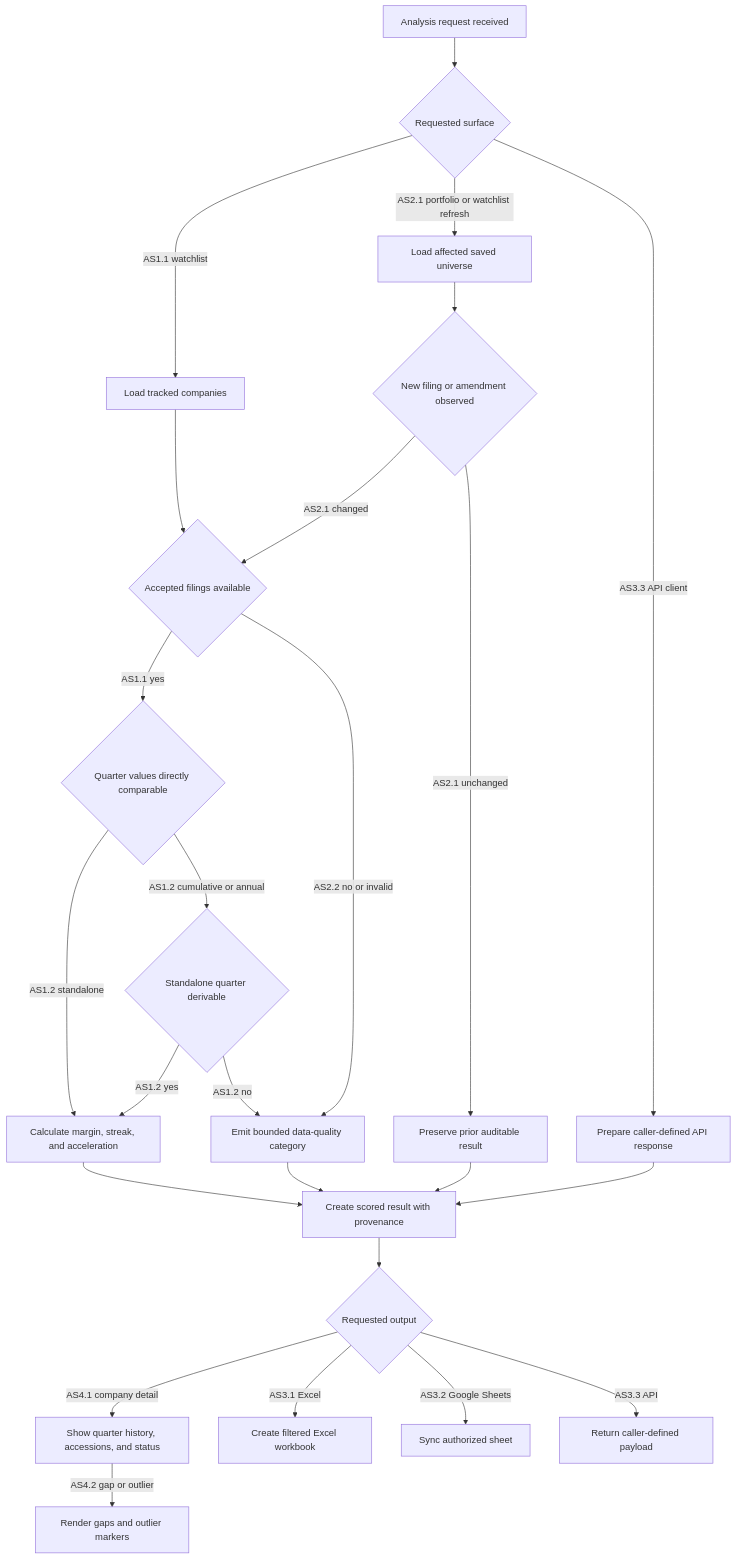
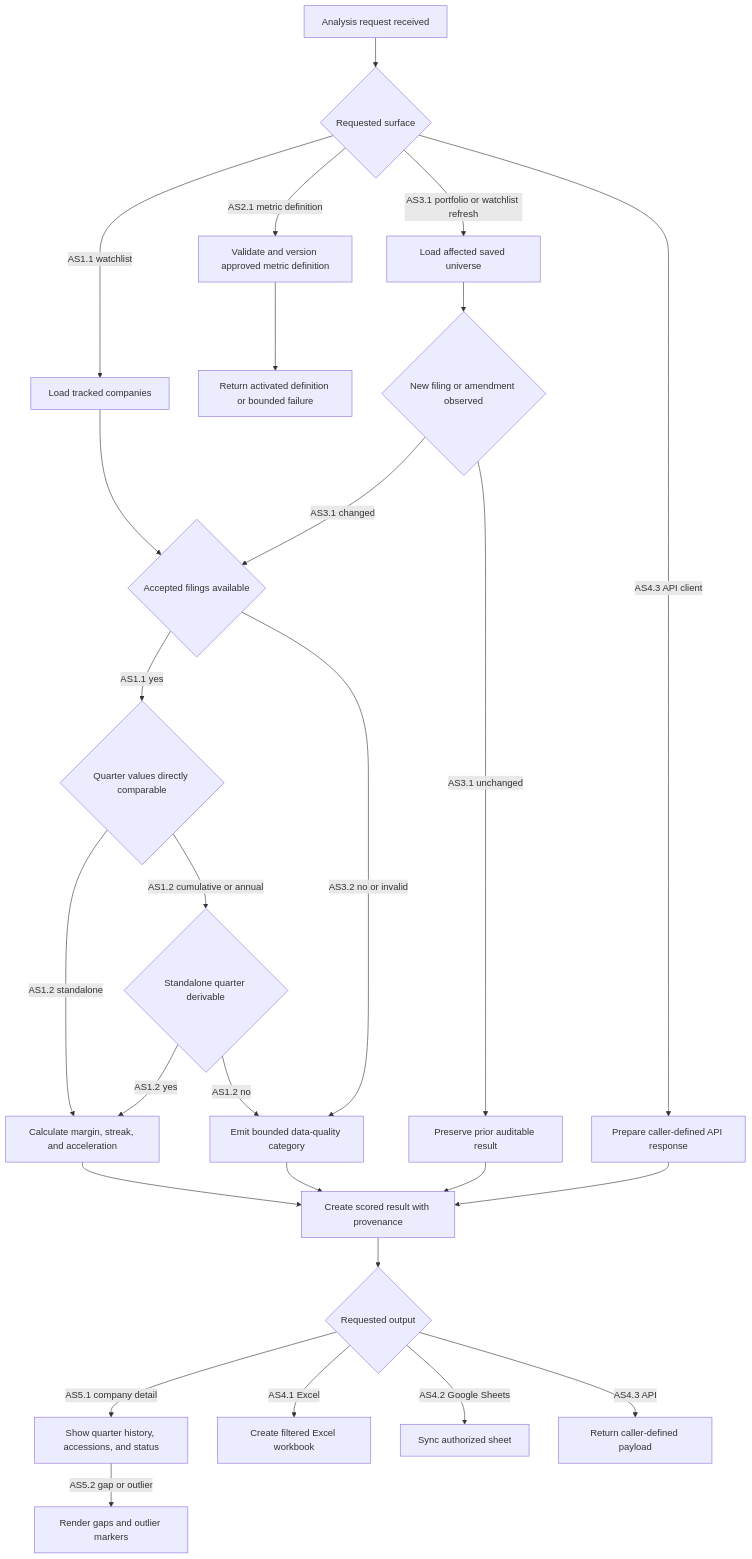
One commit to aborczuk/app-foundation changed the diagram in specs/049-financial-acceleration-tracker/spec.md. Above: the diagram before and after it, drawn with Mermaid. The commit also changed other lines of this file and 4 other files, not shown here.

````diff
--- a/specs/049-financial-acceleration-tracker/spec.md
+++ b/specs/049-financial-acceleration-tracker/spec.md
@@ -91,27 +108,29 @@
 ```mermaid
 flowchart TD
     Start["Analysis request received"] --> Source{"Requested surface"}
     Source -->|"AS1.1 watchlist"| Universe["Load tracked companies"]
-    Source -->|"AS2.1 portfolio or watchlist refresh"| Refresh["Load affected saved universe"]
-    Source -->|"AS3.3 API client"| ApiRequest["Prepare caller-defined API response"]
+    Source -->|"AS2.1 metric definition"| Define["Validate and version approved metric definition"]
+    Source -->|"AS3.1 portfolio or watchlist refresh"| Refresh["Load affected saved universe"]
+    Source -->|"AS4.3 API client"| ApiRequest["Prepare caller-defined API response"]
+    Define --> DefinitionResult["Return activated definition or bounded failure"]
     Universe --> FilingState{"Accepted filings available"}
     Refresh --> FilingEvent{"New filing or amendment observed"}
-    FilingEvent -->|"AS2.1 changed"| FilingState
-    FilingEvent -->|"AS2.1 unchanged"| Preserve["Preserve prior auditable result"]
+    FilingEvent -->|"AS3.1 changed"| FilingState
+    FilingEvent -->|"AS3.1 unchanged"| Preserve["Preserve prior auditable result"]
     FilingState -->|"AS1.1 yes"| QuarterType{"Quarter values directly comparable"}
-    FilingState -->|"AS2.2 no or invalid"| QualityGap["Emit bounded data-quality category"]
+    FilingState -->|"AS3.2 no or invalid"| QualityGap["Emit bounded data-quality category"]
     QuarterType -->|"AS1.2 standalone"| Calculate["Calculate margin, streak, and acceleration"]
     QuarterType -->|"AS1.2 cumulative or annual"| Derive{"Standalone quarter derivable"}
     Derive -->|"AS1.2 yes"| Calculate
     Derive -->|"AS1.2 no"| QualityGap
     Calculate --> Result["Create scored result with provenance"]
     QualityGap --> Result
     Preserve --> Result
     ApiRequest --> Result
     Result --> ViewChoice{"Requested output"}
-    ViewChoice -->|"AS4.1 company detail"| Detail["Show quarter history, accessions, and status"]
-    Detail -->|"AS4.2 gap or outlier"| HonestChart["Render gaps and outlier markers"]
-    ViewChoice -->|"AS3.1 Excel"| Excel["Create filtered Excel workbook"]
-    ViewChoice -->|"AS3.2 Google Sheets"| Sheets["Sync authorized sheet"]
-    ViewChoice -->|"AS3.3 API"| ApiResponse["Return caller-defined payload"]
+    ViewChoice -->|"AS5.1 company detail"| Detail["Show quarter history, accessions, and status"]
+    Detail -->|"AS5.2 gap or outlier"| HonestChart["Render gaps and outlier markers"]
+    ViewChoice -->|"AS4.1 Excel"| Excel["Create filtered Excel workbook"]
+    ViewChoice -->|"AS4.2 Google Sheets"| Sheets["Sync authorized sheet"]
+    ViewChoice -->|"AS4.3 API"| ApiResponse["Return caller-defined payload"]
 ```
````
